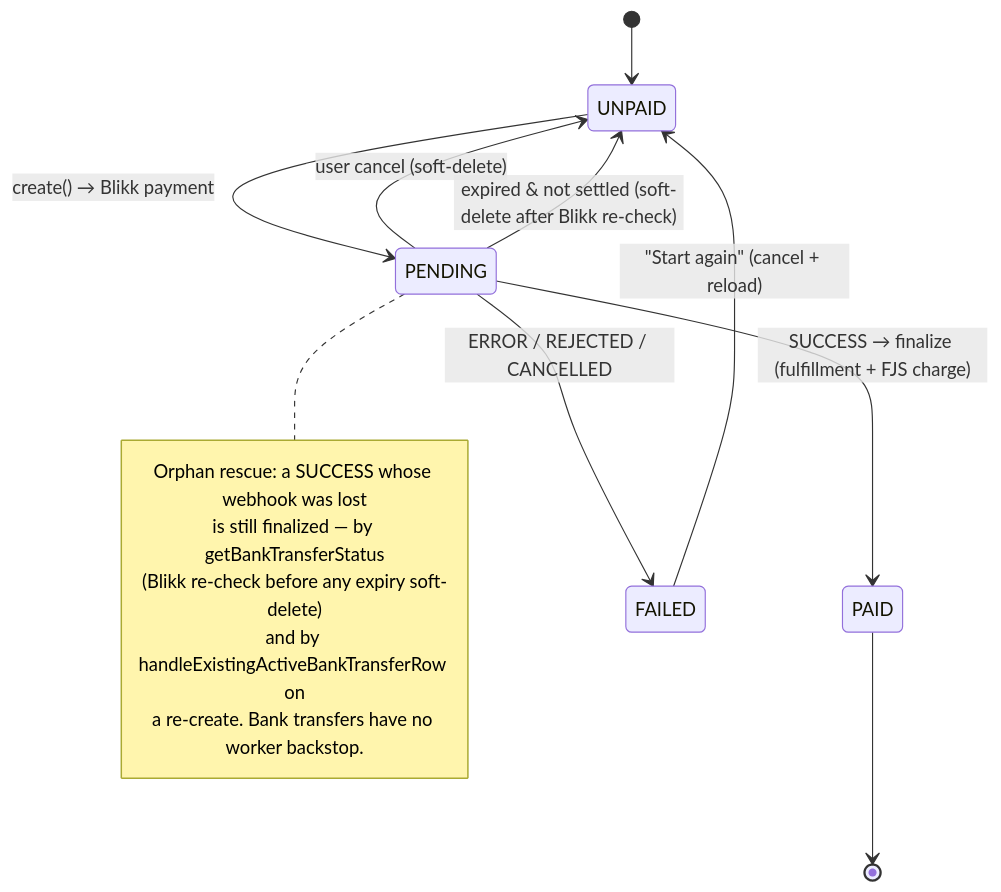
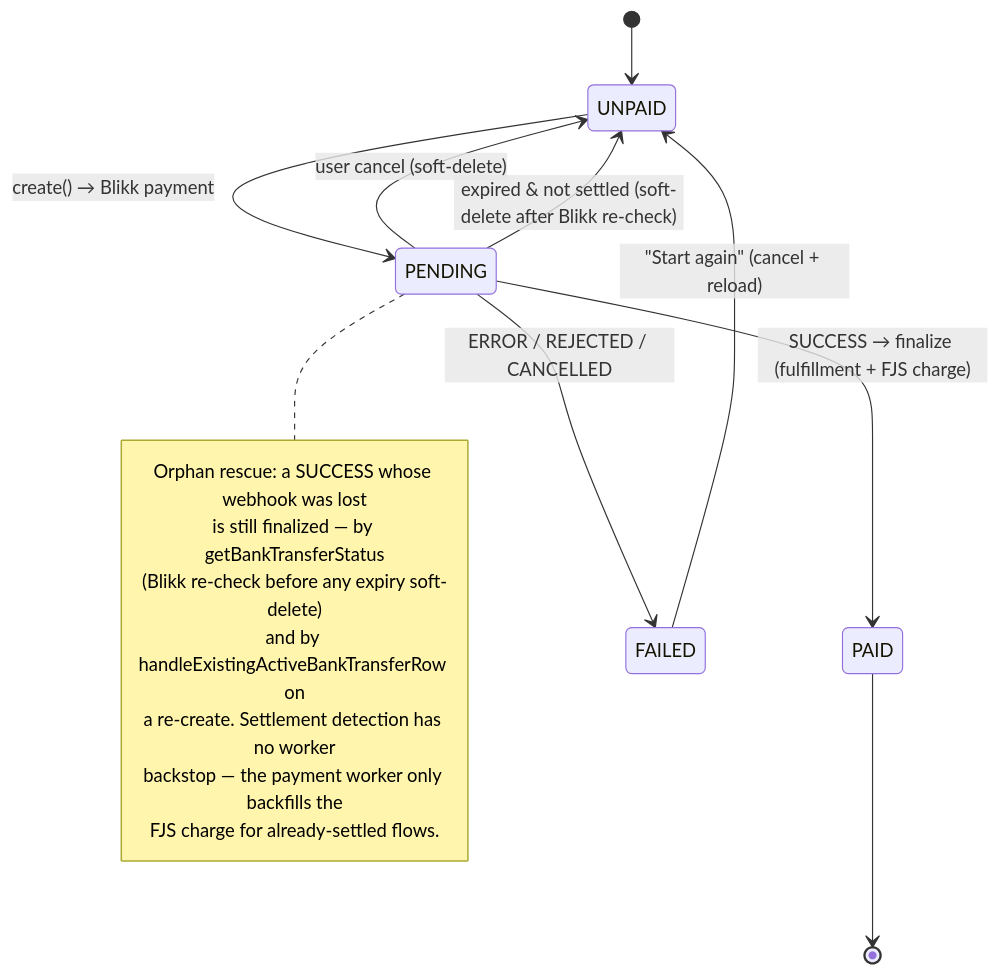
One commit to island-is/island.is changed the second of 2 diagrams in apps/services/payments/src/app/bankTransferPayment/README.md. Above: the diagram before and after it, drawn with Mermaid. The commit also changed other lines of this file and 5 other files, not shown here.

First line of the commit message:
fix(services-payments): use settled amount for bank-transfer worker charges

````diff
--- a/apps/services/payments/src/app/bankTransferPayment/README.md
+++ b/apps/services/payments/src/app/bankTransferPayment/README.md
@@ -172,19 +172,21 @@
 ```mermaid
 stateDiagram-v2
     [*] --> UNPAID
     UNPAID --> PENDING: create() → Blikk payment
     PENDING --> PAID: SUCCESS → finalize (fulfillment + FJS charge)
     PENDING --> FAILED: ERROR / REJECTED / CANCELLED
     PENDING --> UNPAID: user cancel (soft-delete)
     PENDING --> UNPAID: expired & not settled (soft-delete after Blikk re-check)
     FAILED --> UNPAID: "Start again" (cancel + reload)
     PAID --> [*]
 
     note right of PENDING
         Orphan rescue: a SUCCESS whose webhook was lost
         is still finalized — by getBankTransferStatus
         (Blikk re-check before any expiry soft-delete)
         and by handleExistingActiveBankTransferRow on
-        a re-create. Bank transfers have no worker backstop.
+        a re-create. Settlement detection has no worker
+        backstop — the payment worker only backfills the
+        FJS charge for already-settled flows.
     end note
 ```
````
